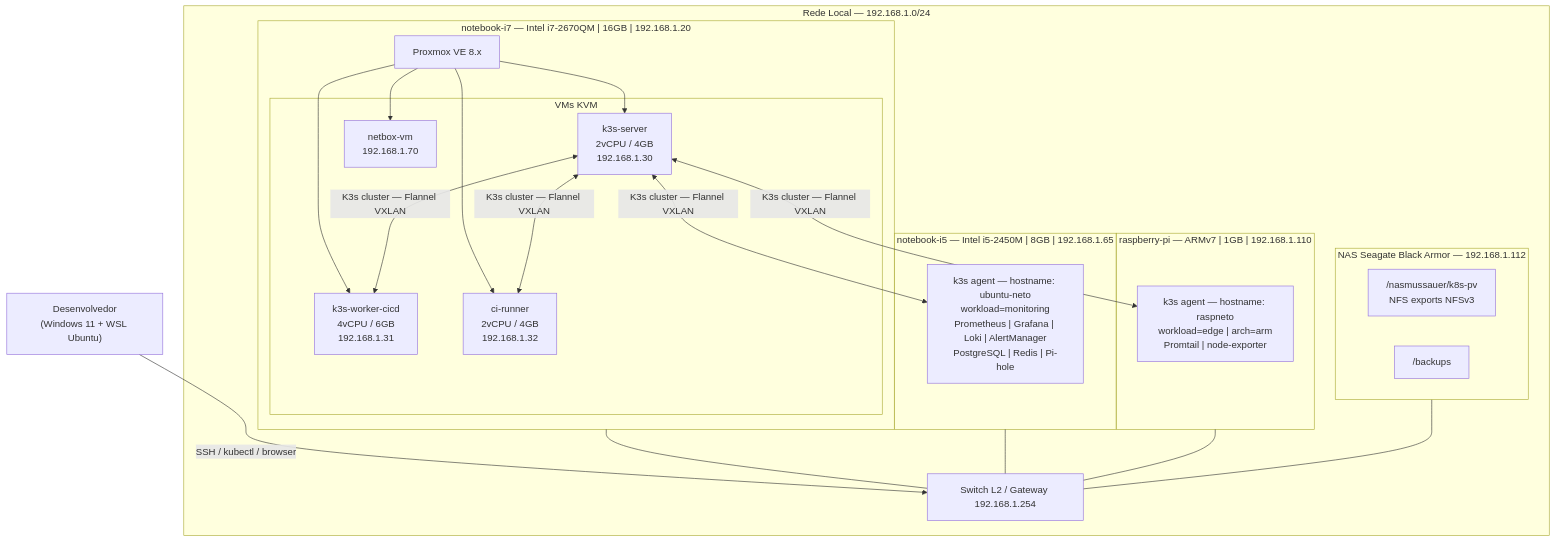
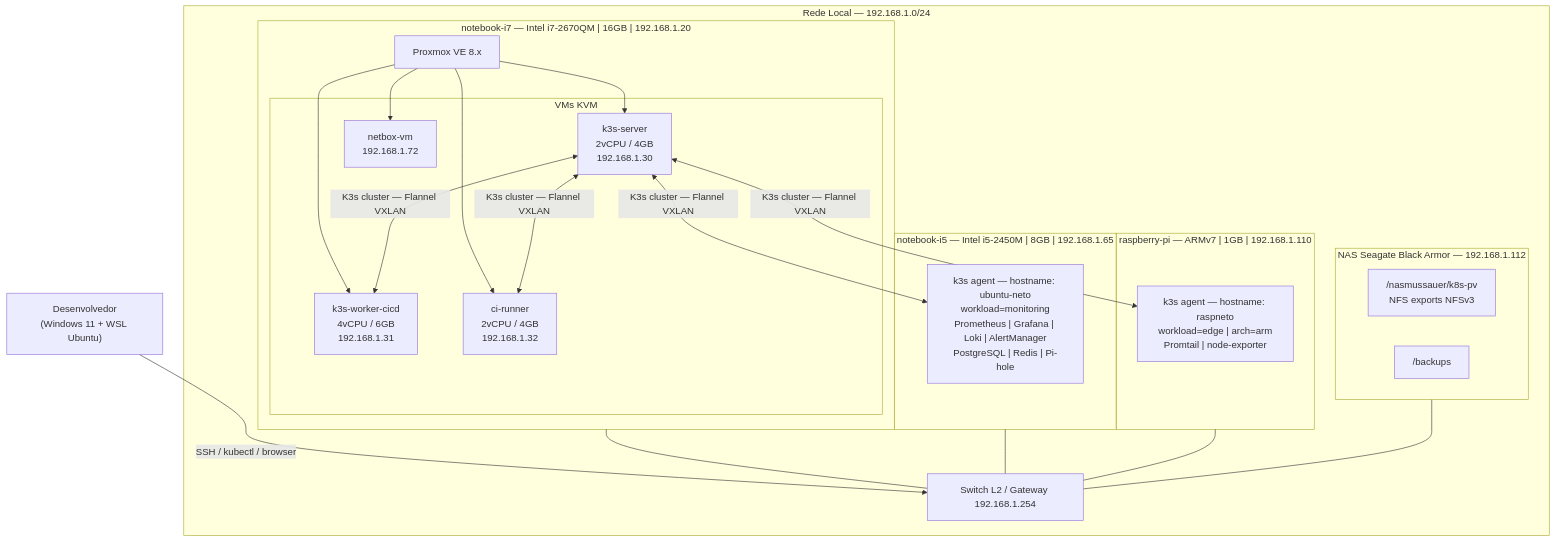
Before and after one commit to netomussauer/infra-lab: the first of 4 diagrams in docs/architecture.md, drawn with Mermaid. The commit also changed other lines of this file and 13 other files, not shown here.

````diff
--- a/docs/architecture.md
+++ b/docs/architecture.md
@@ -66,36 +66,36 @@
 ```mermaid
 flowchart TD
     subgraph LAN["Rede Local — 192.168.1.0/24"]
 
         subgraph NAS_HOST["NAS Seagate Black Armor — 192.168.1.112"]
             NFS_KV["/nasmussauer/k8s-pv\nNFS exports NFSv3"]
             NFS_BK["/backups"]
         end
 
         subgraph I7["notebook-i7 — Intel i7-2670QM | 16GB | 192.168.1.20"]
             PVE["Proxmox VE 8.x"]
             subgraph VMs["VMs KVM"]
                 VM_SERVER["k3s-server\n2vCPU / 4GB\n192.168.1.30"]
                 VM_CICD["k3s-worker-cicd\n4vCPU / 6GB\n192.168.1.31"]
                 VM_RUNNER["ci-runner\n2vCPU / 4GB\n192.168.1.32"]
-                VM_NETBOX["netbox-vm\n192.168.1.70"]
+                VM_NETBOX["netbox-vm\n192.168.1.72"]
             end
             PVE --> VM_SERVER & VM_CICD & VM_RUNNER & VM_NETBOX
         end
 
         subgraph I5["notebook-i5 — Intel i5-2450M | 8GB | 192.168.1.65"]
             K3S_I5["k3s agent — hostname: ubuntu-neto\nworkload=monitoring\nPrometheus | Grafana | Loki | AlertManager\nPostgreSQL | Redis | Pi-hole"]
         end
 
         subgraph RPI["raspberry-pi — ARMv7 | 1GB | 192.168.1.110"]
             K3S_RPI["k3s agent — hostname: raspneto\nworkload=edge | arch=arm\nPromtail | node-exporter"]
         end
 
         VM_SERVER <-->|"K3s cluster — Flannel VXLAN"| VM_CICD & VM_RUNNER & K3S_I5 & K3S_RPI
 
         SWITCH["Switch L2 / Gateway 192.168.1.254"]
         I7 & I5 & RPI & NAS_HOST --- SWITCH
     end
 
     DEV["Desenvolvedor\n(Windows 11 + WSL Ubuntu)"] -->|"SSH / kubectl / browser"| SWITCH
 ```
````
